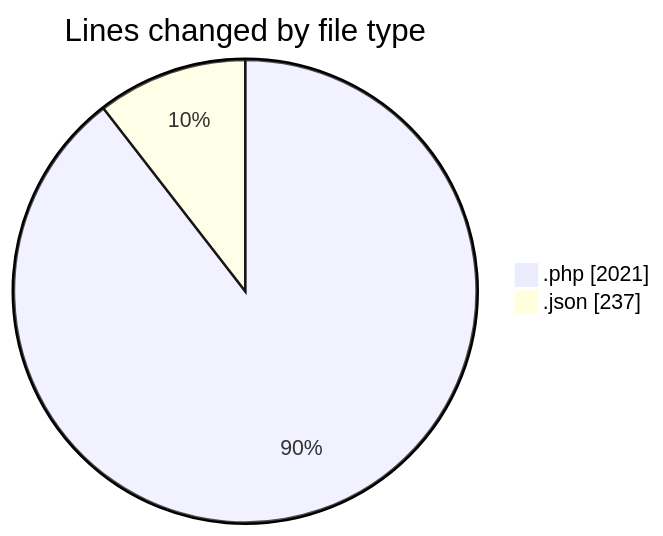
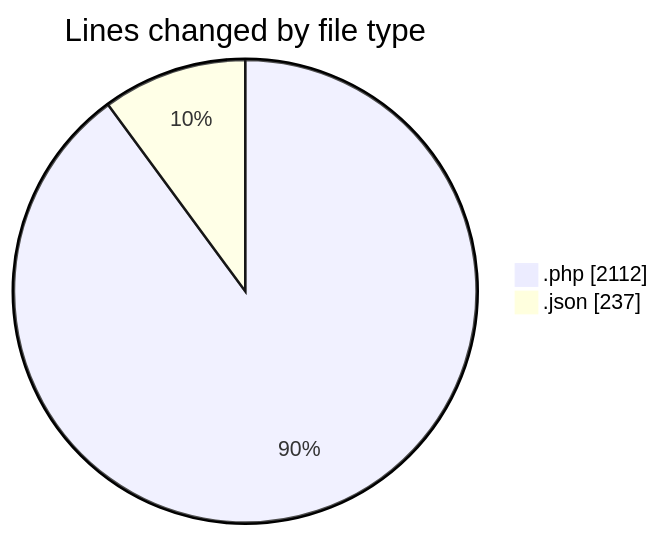
The first of 2 diagrams in 2025-06-20/studio-backend/README.md (idhammustaqopulfikri/code-tracking), drawn with Mermaid before and after one commit. The commit also changed other lines of this file and 1 other file, not shown here.

````diff
--- a/2025-06-20/studio-backend/README.md
+++ b/2025-06-20/studio-backend/README.md
@@ -24,6 +25,6 @@
 ```mermaid
 pie showData
 title Lines changed by file type
-".php" : 2021
+".php" : 2112
 ".json" : 237
 ```
````
